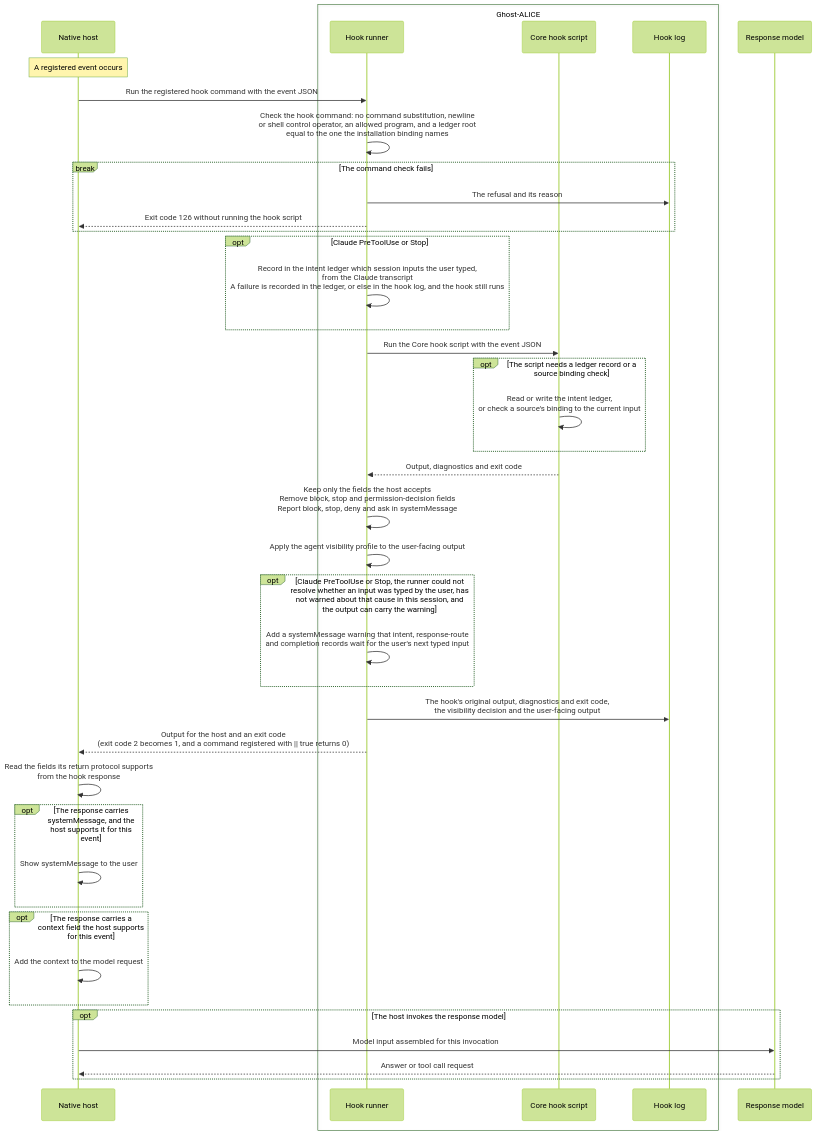
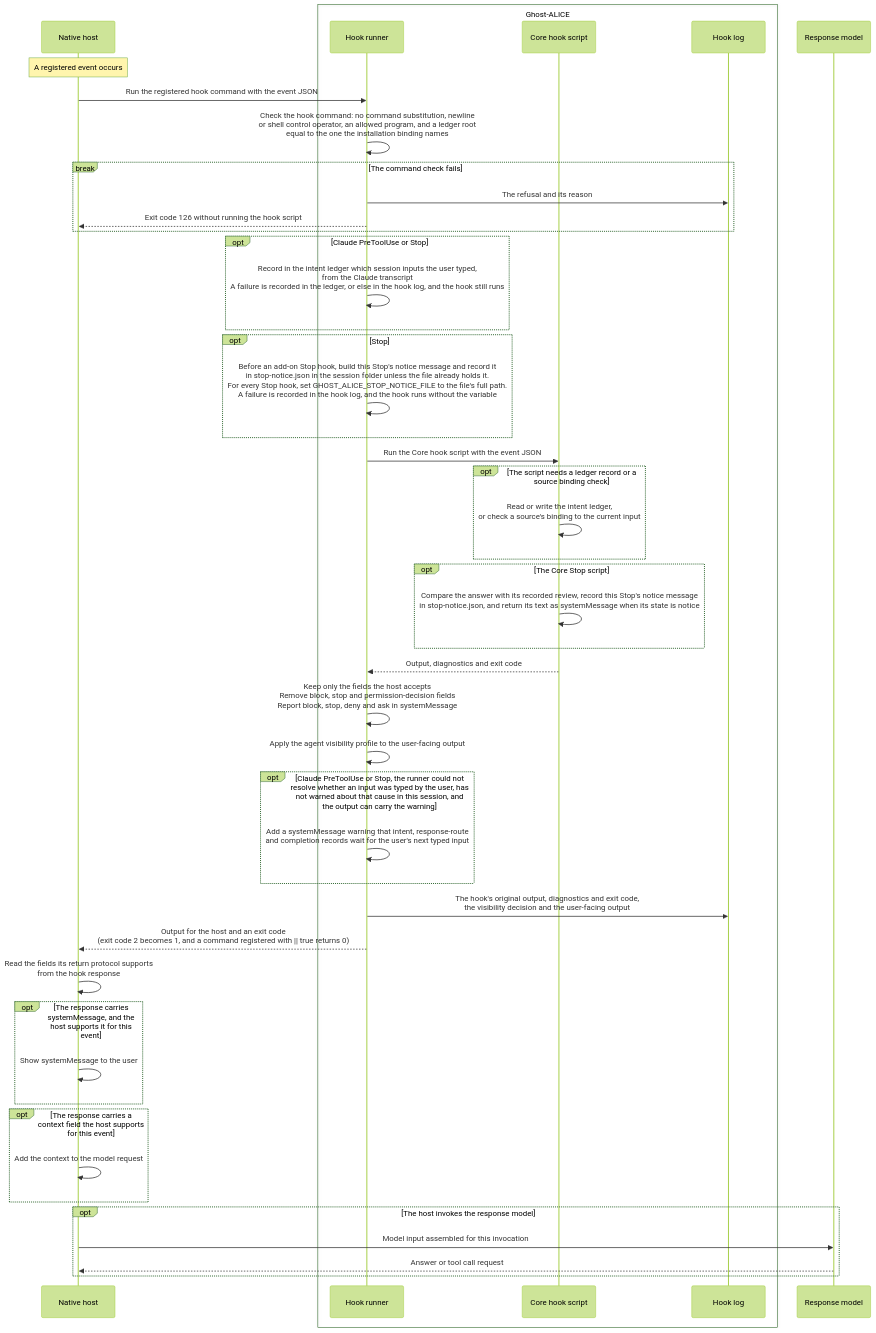
The third of 7 diagrams in architecture.md (AidALL/ghost-alice), drawn with Mermaid (forest theme) before and after one commit. The commit also changed other lines of this file and 30 other files, not shown here.

````diff
--- a/architecture.md
+++ b/architecture.md
@@ -77,44 +82,50 @@
 ```mermaid
 sequenceDiagram
   participant H as Native host
   box Ghost-ALICE
     participant R as Hook runner
     participant C as Core hook script
     participant L as Hook log
   end
   participant M as Response model
 
   Note over H: A registered event occurs
   H->>R: Run the registered hook command with the event JSON
   R->>R: Check the hook command: no command substitution, newline<br/>or shell control operator, an allowed program, and a ledger root<br/>equal to the one the installation binding names
   break The command check fails
     R->>L: The refusal and its reason
     R-->>H: Exit code 126 without running the hook script
   end
   opt Claude PreToolUse or Stop
     R->>R: Record in the intent ledger which session inputs the user typed,<br/>from the Claude transcript<br/>A failure is recorded in the ledger, or else in the hook log, and the hook still runs
   end
+  opt Stop
+    R->>R: Before an add-on Stop hook, build this Stop's notice message and record it<br/>in stop-notice.json in the session folder unless the file already holds it.<br/>For every Stop hook, set GHOST_ALICE_STOP_NOTICE_FILE to the file's full path.<br/>A failure is recorded in the hook log, and the hook runs without the variable
+  end
   R->>C: Run the Core hook script with the event JSON
   opt The script needs a ledger record or a source binding check
     C->>C: Read or write the intent ledger,<br/>or check a source's binding to the current input
+  end
+  opt The Core Stop script
+    C->>C: Compare the answer with its recorded review, record this Stop's notice message<br/>in stop-notice.json, and return its text as systemMessage when its state is notice
   end
   C-->>R: Output, diagnostics and exit code
   R->>R: Keep only the fields the host accepts<br/>Remove block, stop and permission-decision fields<br/>Report block, stop, deny and ask in systemMessage
   R->>R: Apply the agent visibility profile to the user-facing output
   opt Claude PreToolUse or Stop, the runner could not resolve whether an input was typed by the user, has not warned about that cause in this session, and the output can carry the warning
     R->>R: Add a systemMessage warning that intent, response-route<br/>and completion records wait for the user's next typed input
   end
   R->>L: The hook's original output, diagnostics and exit code,<br/>the visibility decision and the user-facing output
   R-->>H: Output for the host and an exit code<br/>(exit code 2 becomes 1, and a command registered with || true returns 0)
   H->>H: Read the fields its return protocol supports<br/>from the hook response
   opt The response carries systemMessage, and the host supports it for this event
     H->>H: Show systemMessage to the user
   end
   opt The response carries a context field the host supports for this event
     H->>H: Add the context to the model request
   end
   opt The host invokes the response model
     H->>M: Model input assembled for this invocation
     M-->>H: Answer or tool call request
   end
 ```
````
